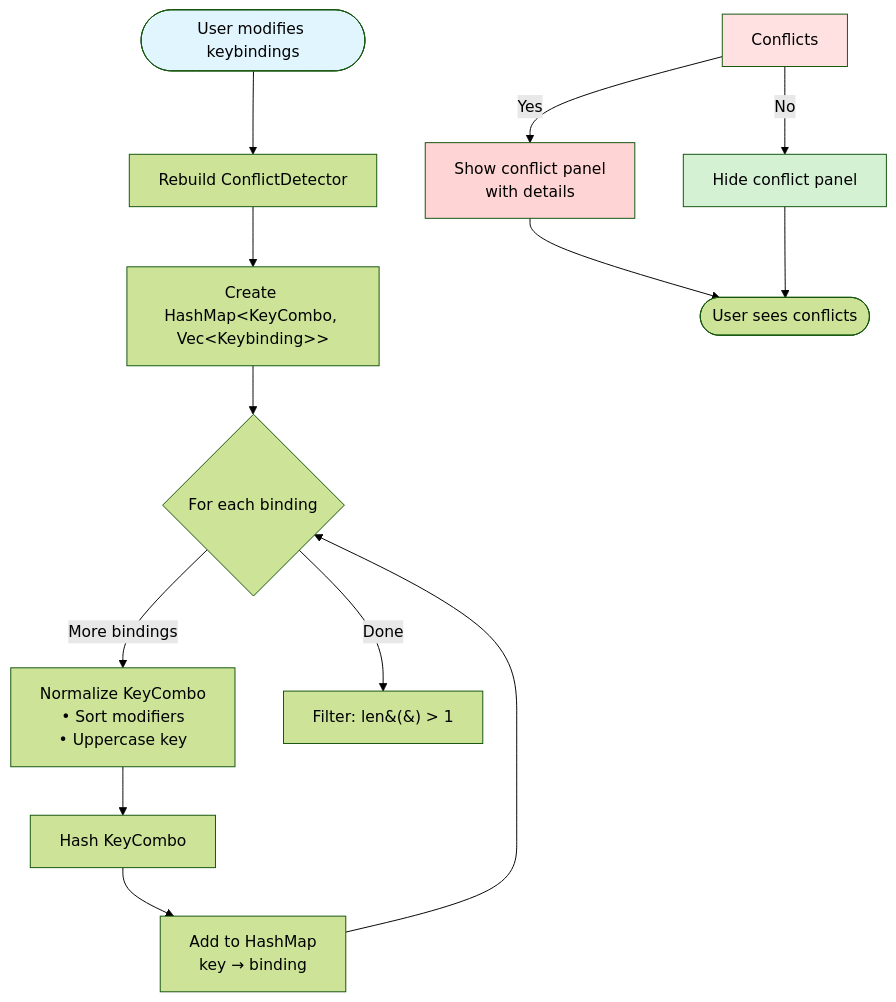
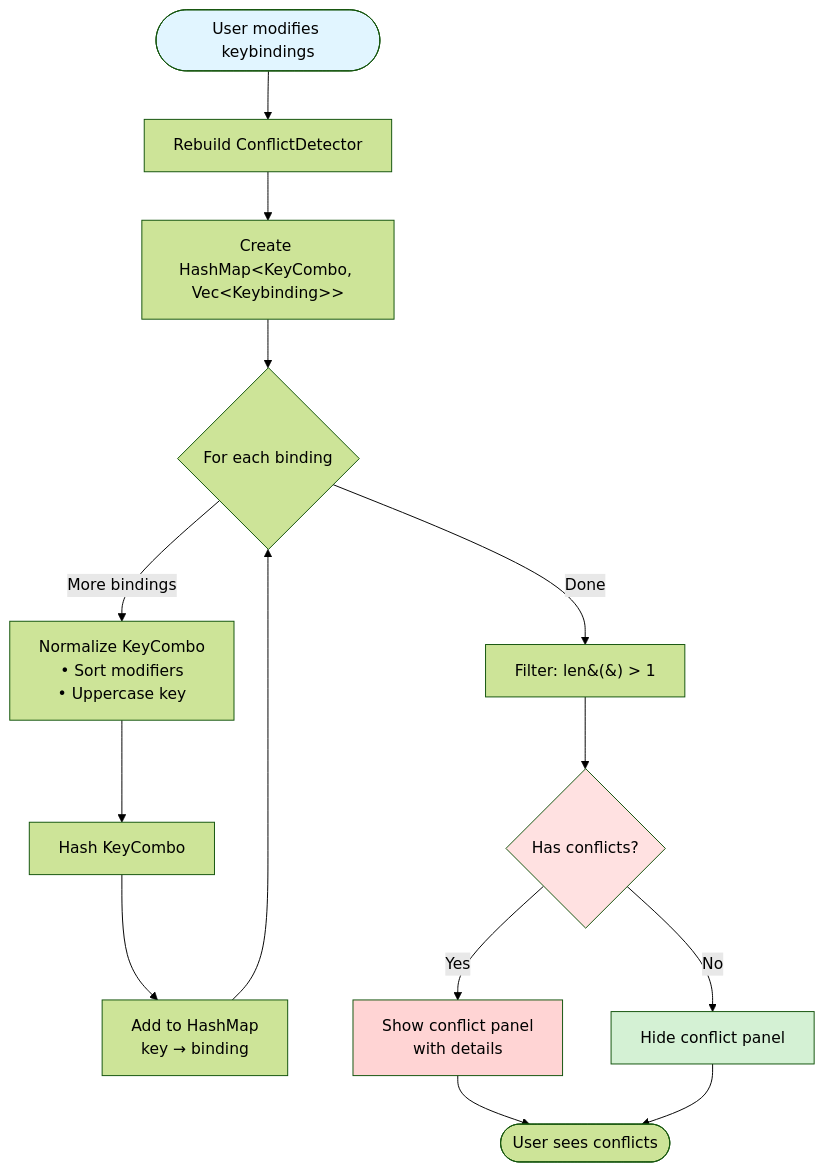
The fifth of 7 diagrams in docs/ARCHITECTURE.md (tidynest/hypr-keybind-manager), drawn with Mermaid (forest theme) before and after one commit. The commit also changed other lines of this file and 11 other files, not shown here.

````diff
--- a/docs/ARCHITECTURE.md
+++ b/docs/ARCHITECTURE.md
@@ -253,25 +253,26 @@
 ```mermaid
 %%{init: {'flowchart': {'subGraphTitleMargin': {'top': 10, 'bottom': 20}}}}%%
 flowchart TD
     Start([User modifies keybindings]) --> Rebuild[Rebuild ConflictDetector]
     Rebuild --> CreateMap[Create HashMap&lt;KeyCombo, Vec&lt;Keybinding&gt;&gt;]
 
     CreateMap --> LoopBindings{For each binding}
     LoopBindings -->|More bindings| Normalize[Normalize KeyCombo<br/>• Sort modifiers<br/>• Uppercase key]
     Normalize --> Hash[Hash KeyCombo]
     Hash --> AddToMap[Add to HashMap<br/>key → binding]
     AddToMap --> LoopBindings
 
     LoopBindings -->|Done| Filter[Filter: len&#40;&#41; &gt; 1]
+    Filter --> Conflicts{Has conflicts?}
 
     Conflicts -->|Yes| ShowBanner[Show conflict panel<br/>with details]
     Conflicts -->|No| HideBanner[Hide conflict panel]
 
     ShowBanner --> End([User sees conflicts])
     HideBanner --> End
     
     style Start fill:#e1f5ff,color:#000
     style Conflicts fill:#ffe1e1,color:#000
     style ShowBanner fill:#ffd4d4,color:#000
     style HideBanner fill:#d4f1d4,color:#000
 ```
````
